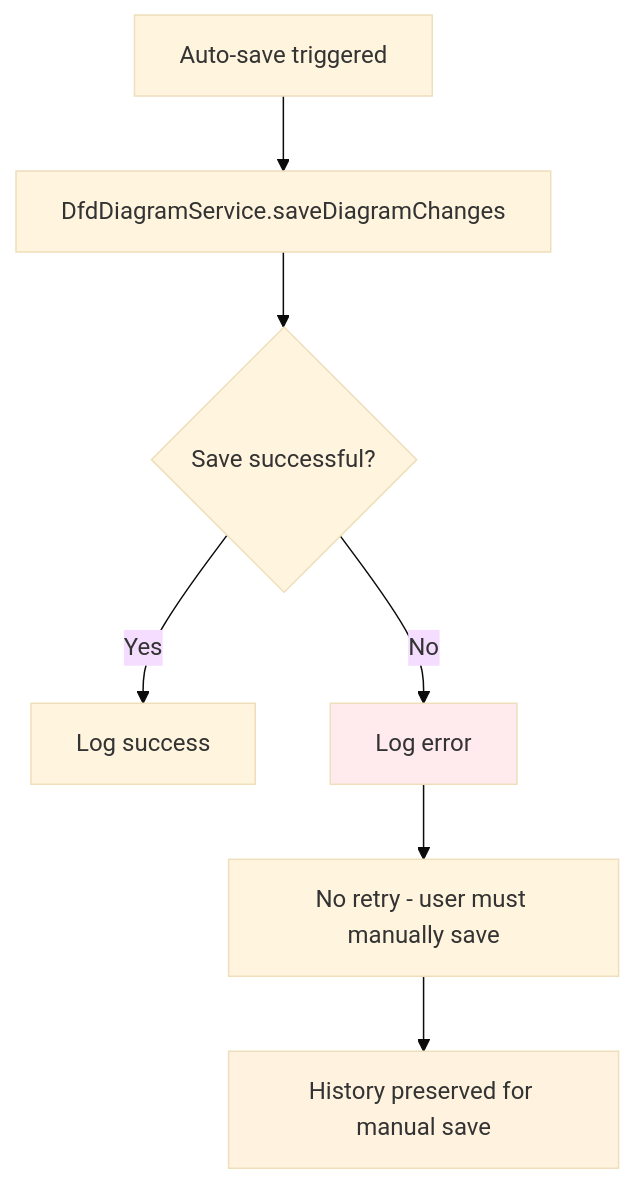
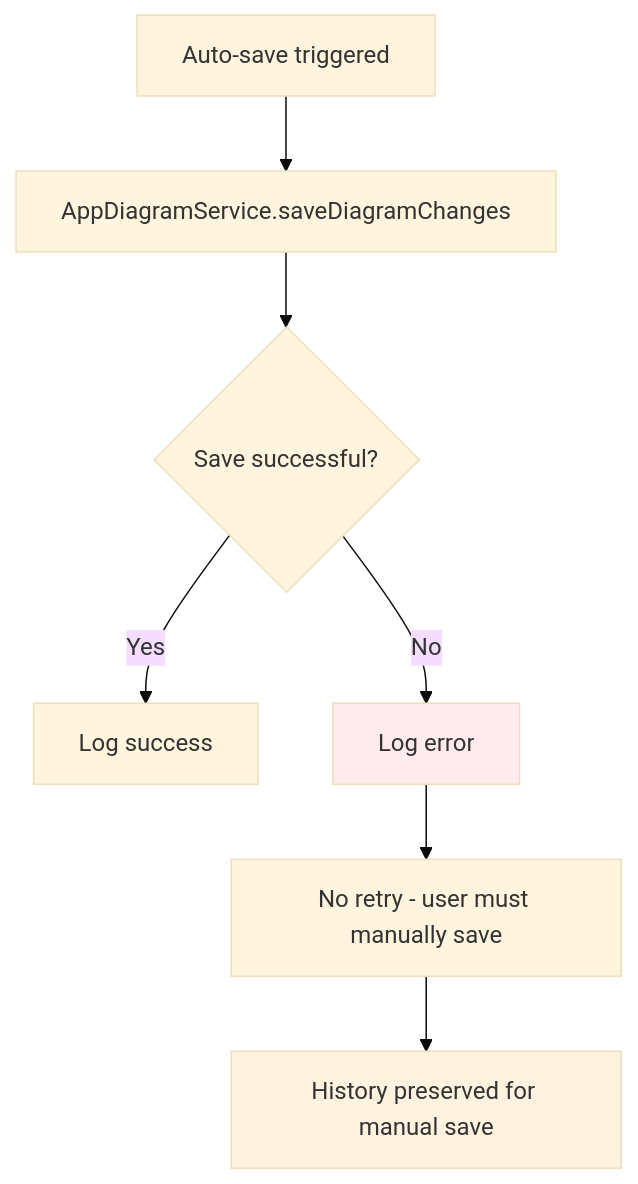
One commit to ericfitz/tmi-ux changed diagram 14 of 15 in docs/migrated/reference/architecture/dfd-change-propagation/autosave-decision-tree.md. Above: the diagram before and after it, drawn with Mermaid (base theme). The commit also changed other lines of this file and 1 other file, not shown here.

First line of the commit message:
docs: verify and migrate DFD integration test plan to wiki

````diff
--- a/docs/migrated/reference/architecture/dfd-change-propagation/autosave-decision-tree.md
+++ b/docs/migrated/reference/architecture/dfd-change-propagation/autosave-decision-tree.md
@@ -307,13 +310,13 @@
 ```mermaid
 flowchart TD
-    A[Auto-save triggered] --> B[DfdDiagramService.saveDiagramChanges]
+    A[Auto-save triggered] --> B[AppDiagramService.saveDiagramChanges]
     B --> C{Save successful?}
     C -->|Yes| D[Log success]
     C -->|No| E[Log error]
 
     E --> F[No retry - user must manually save]
     F --> G[History preserved for manual save]
 
     style E fill:#ffebee
     style G fill:#fff3e0
 ```
````
